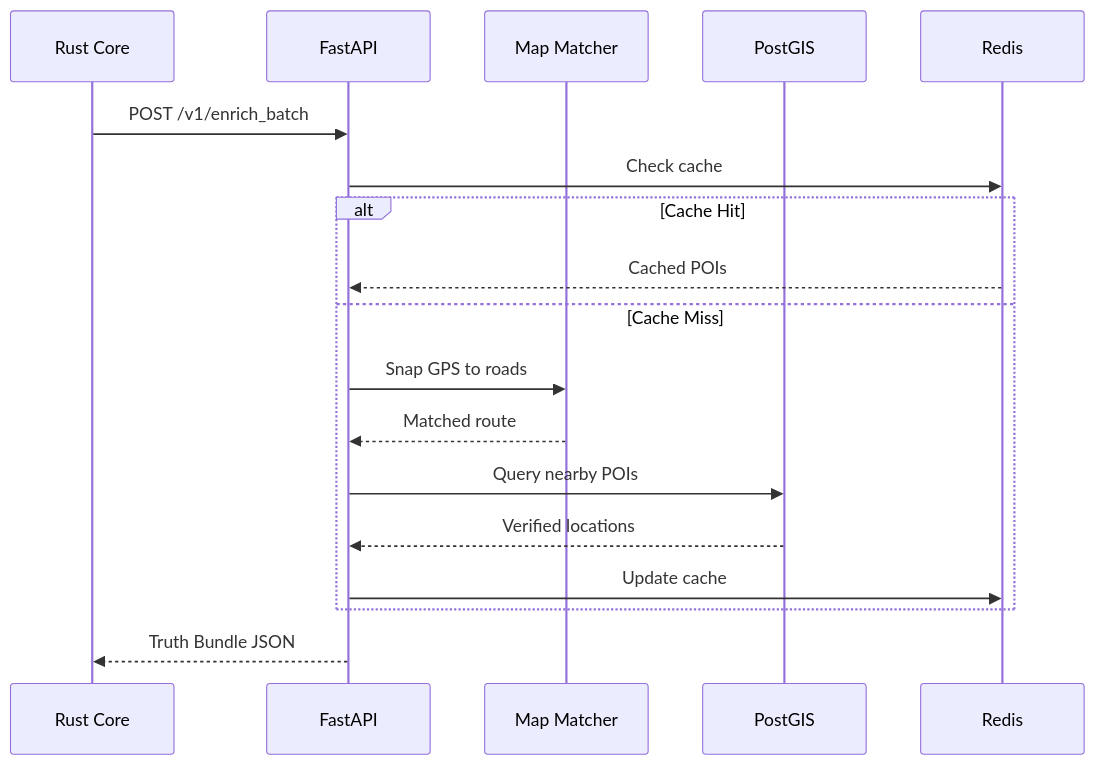
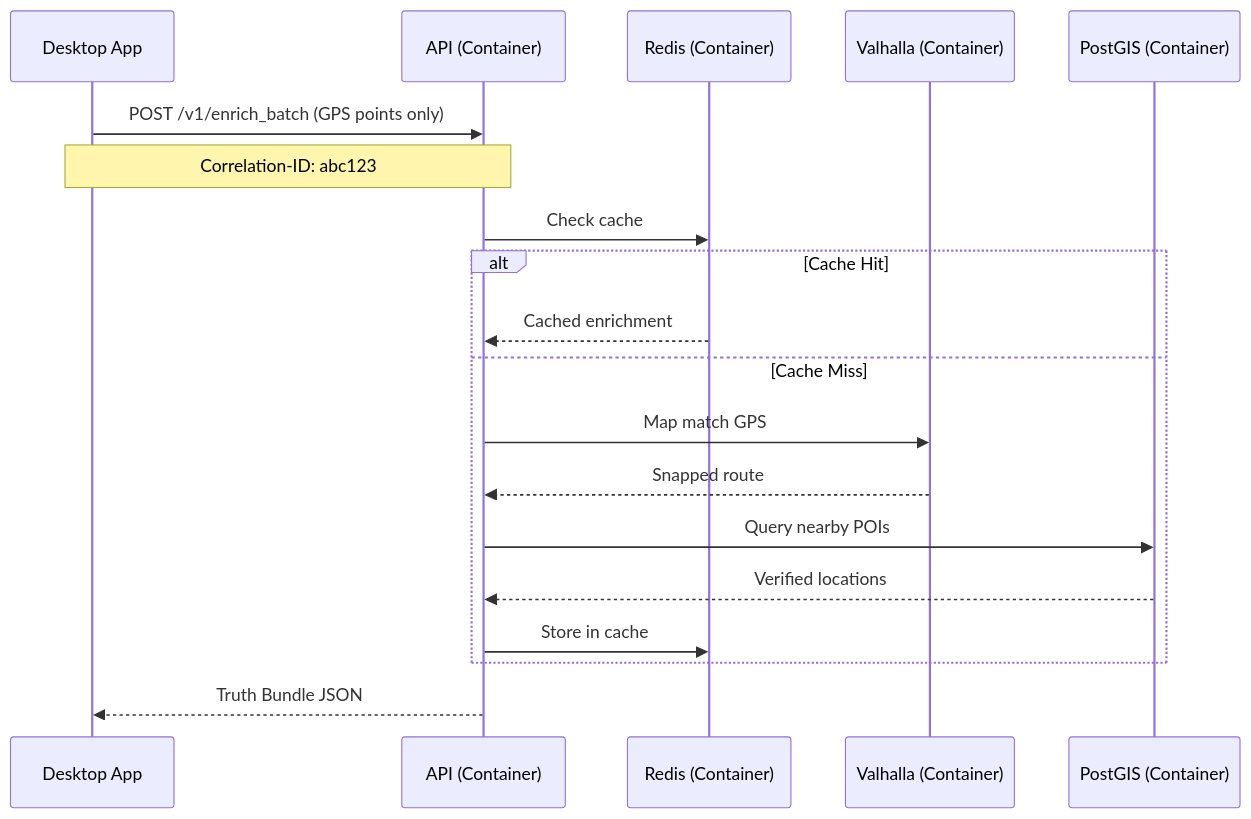
One commit to AndyK888/geotruth-narrative-engine changed the second of 3 diagrams in docs/architecture/README.md. Above: the diagram before and after it, drawn with Mermaid. The commit also changed other lines of this file and 5 other files, not shown here.

````diff
--- a/docs/architecture/README.md
+++ b/docs/architecture/README.md
@@ -114,21 +100,24 @@
 ```mermaid
 sequenceDiagram
-    participant R as Rust Core
-    participant API as FastAPI
-    participant MM as Map Matcher
-    participant PG as PostGIS
-    participant RD as Redis
+    participant App as Desktop App
+    participant API as API (Container)
+    participant Cache as Redis (Container)
+    participant Valhalla as Valhalla (Container)
+    participant PG as PostGIS (Container)
     
-    R->>API: POST /v1/enrich_batch
-    API->>RD: Check cache
+    App->>API: POST /v1/enrich_batch (GPS points only)
+    Note over App,API: Correlation-ID: abc123
+    
+    API->>Cache: Check cache
     alt Cache Hit
-        RD-->>API: Cached POIs
+        Cache-->>API: Cached enrichment
     else Cache Miss
-        API->>MM: Snap GPS to roads
-        MM-->>API: Matched route
+        API->>Valhalla: Map match GPS
+        Valhalla-->>API: Snapped route
         API->>PG: Query nearby POIs
         PG-->>API: Verified locations
-        API->>RD: Update cache
+        API->>Cache: Store in cache
     end
-    API-->>R: Truth Bundle JSON
+    
+    API-->>App: Truth Bundle JSON
 ```
````
